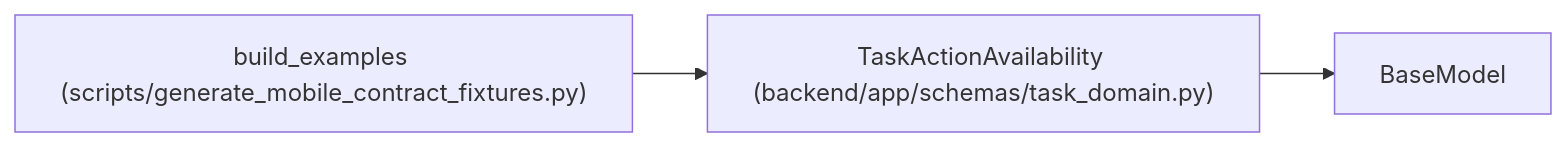
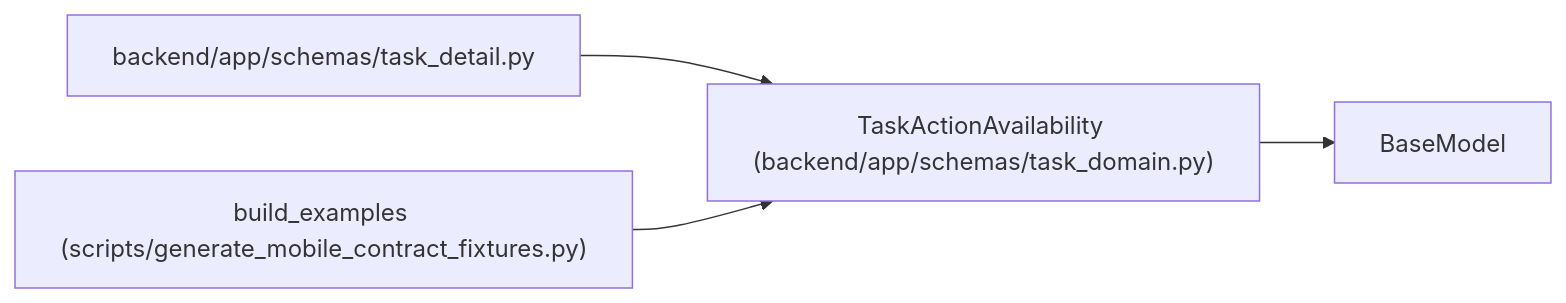
Before and after one commit to Denissvgn/WorkChord: the diagram in docs/llm_wiki/entities/schemas_task_domain_TaskActionAvailability.md, drawn with Mermaid. The commit also changed other lines of this file and 371 other files, not shown here.

````diff
--- a/docs/llm_wiki/entities/schemas_task_domain_TaskActionAvailability.md
+++ b/docs/llm_wiki/entities/schemas_task_domain_TaskActionAvailability.md
@@ -27,10 +27,13 @@
 ```mermaid
 flowchart LR
     n0["TaskActionAvailability (backend/app/schemas/task_domain.py)"]
     n1["BaseModel"]
-    n2["build_examples (scripts/generate_mobile_contract_fixtures.py)"]
+    n2["backend/app/schemas/task_detail.py"]
+    n3["build_examples (scripts/generate_mobile_contract_fixtures.py)"]
     n0 --> n1
     n2 --> n0
+    n3 --> n0
     click n0 "../modules/schemas_task_domain.md"
-    click n2 "../modules/generate_mobile_contract_fixtures.md"
+    click n2 "../modules/task_detail.md"
+    click n3 "../modules/generate_mobile_contract_fixtures.md"
 ```
````
